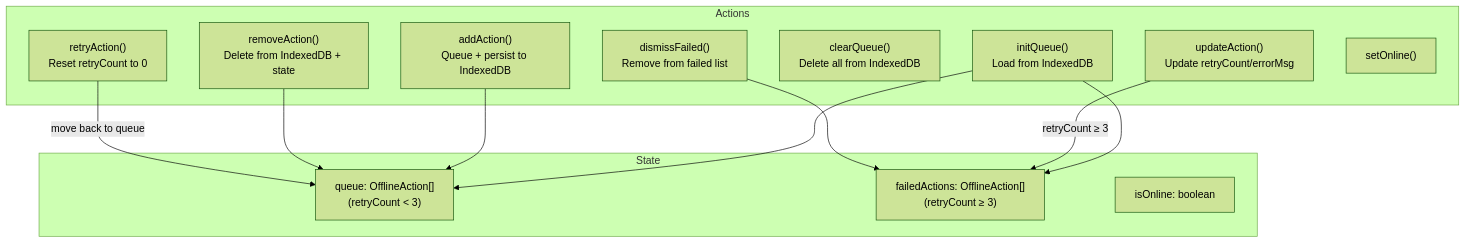
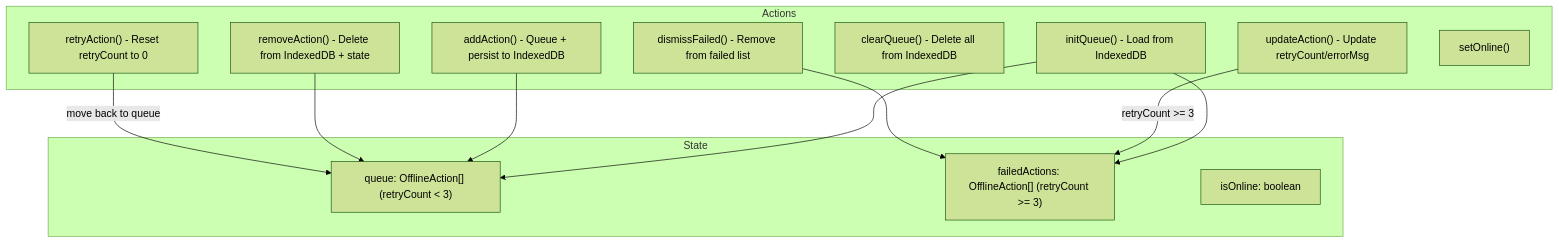
One commit to asefahmed500/Smart-Task-App_IIT_DU_Final_Project changed the fourth of 7 diagrams in docs/08-offline-queue.md. Above: the diagram before and after it, drawn with Mermaid (forest theme). The commit also changed other lines of this file and 8 other files, not shown here.

Commit message:
fix: remove br tags from mermaid diagrams for GitHub rendering

````diff
--- a/docs/08-offline-queue.md
+++ b/docs/08-offline-queue.md
@@ -138,27 +138,27 @@
 ```mermaid
 flowchart TD
     subgraph "State"
-        QUEUE["queue: OfflineAction[]<br/>(retryCount < 3)"]
-        FAILED["failedActions: OfflineAction[]<br/>(retryCount ≥ 3)"]
+        QUEUE["queue: OfflineAction[] (retryCount < 3)"]
+        FAILED["failedActions: OfflineAction[] (retryCount >= 3)"]
         ONLINE["isOnline: boolean"]
     end
 
     subgraph "Actions"
-        INIT["initQueue()<br/>Load from IndexedDB"]
-        ADD["addAction()<br/>Queue + persist to IndexedDB"]
-        REMOVE["removeAction()<br/>Delete from IndexedDB + state"]
-        UPDATE["updateAction()<br/>Update retryCount/errorMsg"]
-        CLEAR["clearQueue()<br/>Delete all from IndexedDB"]
-        RETRY["retryAction()<br/>Reset retryCount to 0"]
-        DISMISS["dismissFailed()<br/>Remove from failed list"]
+        INIT["initQueue() - Load from IndexedDB"]
+        ADD["addAction() - Queue + persist to IndexedDB"]
+        REMOVE["removeAction() - Delete from IndexedDB + state"]
+        UPDATE["updateAction() - Update retryCount/errorMsg"]
+        CLEAR["clearQueue() - Delete all from IndexedDB"]
+        RETRY["retryAction() - Reset retryCount to 0"]
+        DISMISS["dismissFailed() - Remove from failed list"]
         SET_ONLINE["setOnline()"]
     end
 
     INIT --> QUEUE
     INIT --> FAILED
     ADD --> QUEUE
     REMOVE --> QUEUE
-    UPDATE -->|"retryCount ≥ 3"| FAILED
+    UPDATE -->|"retryCount >= 3"| FAILED
     RETRY -->|"move back to queue"| QUEUE
     DISMISS --> FAILED
 ```
````
